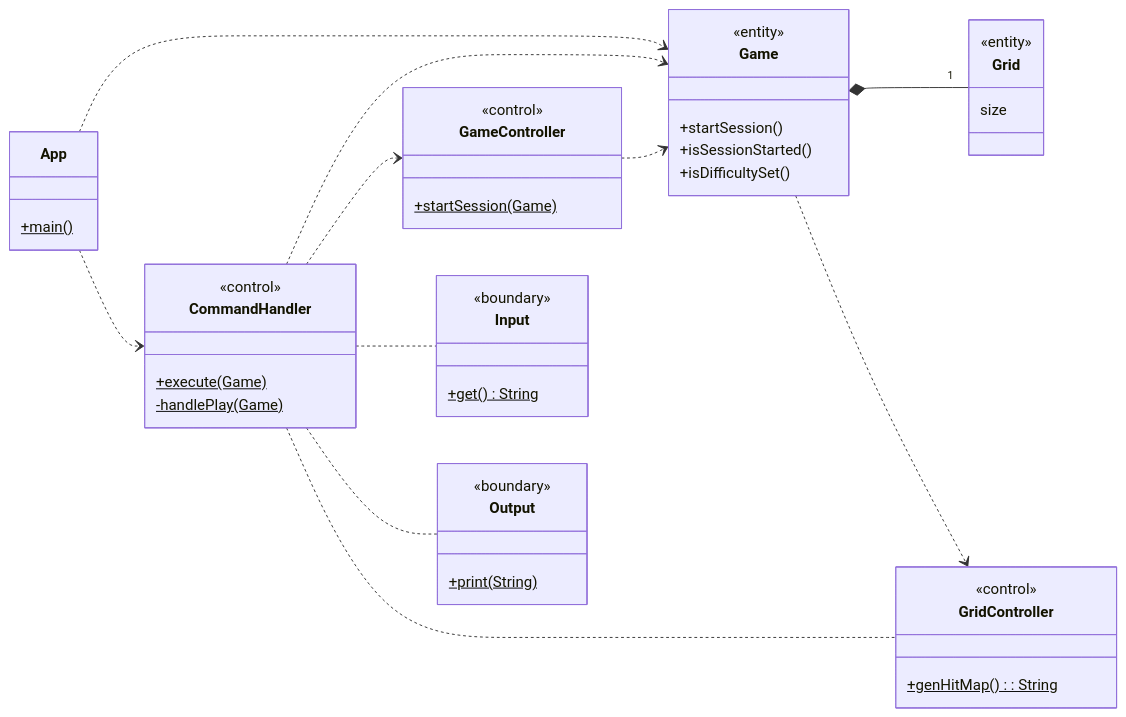
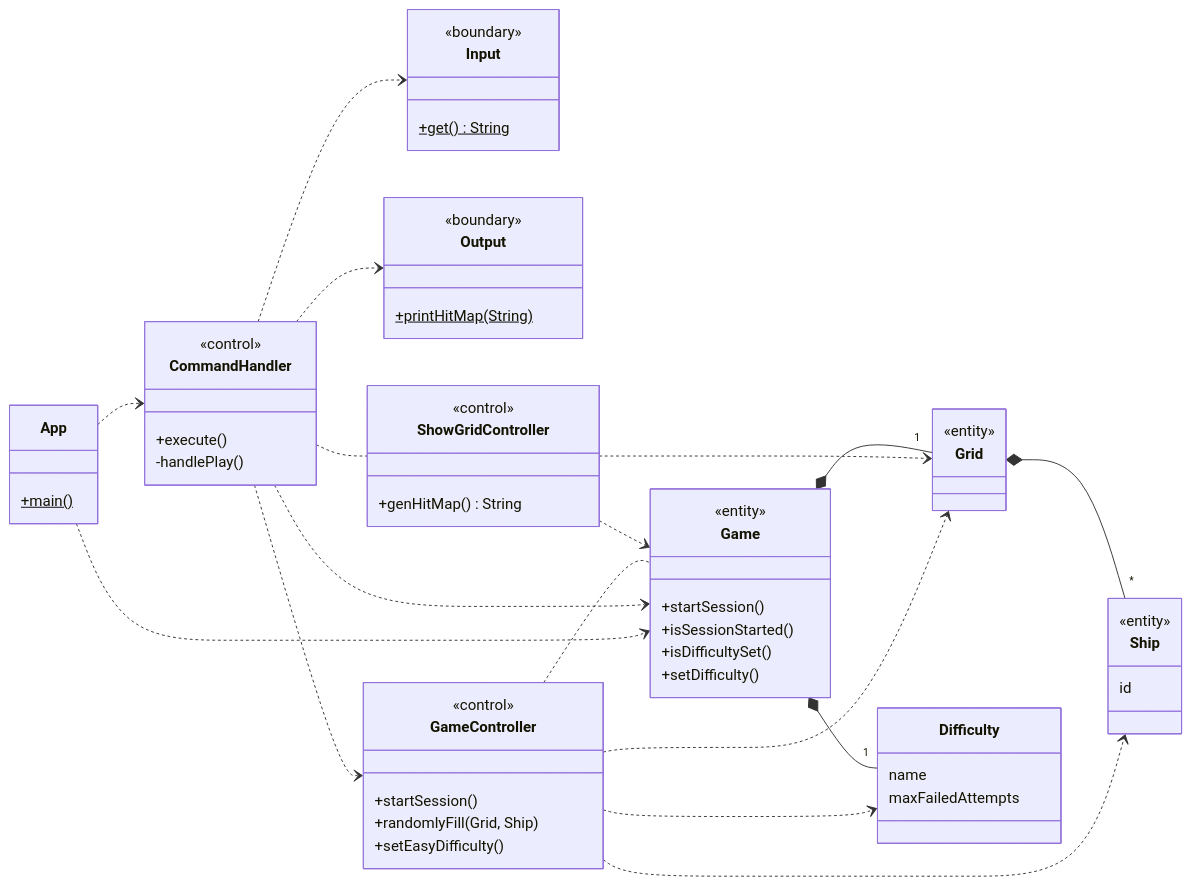
Before and after one commit to softeng2223-inf-uniba/progetto2223-thacker: the third of 7 diagrams in docs/Report.md, drawn with Mermaid. The commit also changed other lines of this file, not shown here.

Commit message:
Aggiornati diagrammi di 5.a.1 in Report

````diff
--- a/docs/Report.md
+++ b/docs/Report.md
@@ -242,56 +244,80 @@
 ```mermaid
 classDiagram
-    direction LR
+  direction LR
 
-    class App {
-      +main()$
-    }
-    class Input {
-      +get()$ String
-    }
-    <<boundary>> Input
+  class App {
+    +main()$
+  }
 
-    class Output {
-      +print(String)$
-    }
-    <<boundary>> Output
+  App ..> Game
+  App ..> CommandHandler
 
-    class CommandHandler {
-      +execute(Game)$
-      -handlePlay(Game)$
-    }
-    <<control>> CommandHandler
+  class Input {
+    +get()$ String
+  }
+  <<boundary>> Input
 
-    class GameController {
-      +startSession(Game)$
-    }
-    <<control>> GameController
+  class Output {
+    +printHitMap(String)$
+  }
+  <<boundary>> Output
 
-    class GridController {
-      +genHitMap()$ : String
-    }
-    <<control>> GridController
+  class CommandHandler {
+    +execute()
+    -handlePlay()
+  }
+  <<control>> CommandHandler
 
-    class Grid {
-      size
-    }
-    <<entity>> Grid
+  CommandHandler ..> Input
+  CommandHandler ..> Output
+  CommandHandler ..> Game
+  CommandHandler ..> GameController
+  CommandHandler .. ShowGridController
 
-    class Game {
-      +startSession()
-      +isSessionStarted()
-      +isDifficultySet()
-    }
-    <<entity>> Game
+  class GameController {
+    +startSession()
+    +randomlyFill(Grid, Ship)
+    +setEasyDifficulty()
+  }
+  <<control>> GameController
 
-    Game *-- "1" Grid
-    App ..> Game
-    App ..> CommandHandler
-    GameController ..> Game
-    CommandHandler ..> Game
-    CommandHandler ..> GameController
-    CommandHandler .. Input
-    CommandHandler .. Output
-    CommandHandler .. GridController
-    Game ..> GridController
+  GameController .. Game
+  GameController ..> Grid
+  GameController ..> Ship
+  GameController ..> Difficulty
+
+  class ShowGridController {
+    +genHitMap() String
+  }
+  <<control>> ShowGridController
+
+  ShowGridController ..> Game
+  ShowGridController ..> Grid
+
+  class Game {
+    +startSession()
+    +isSessionStarted()
+    +isDifficultySet()
+    +setDifficulty()
+  }
+  <<entity>> Game
+
+  Game *-- "1" Difficulty
+  Game *-- "1" Grid
+
+  class Grid
+  <<entity>> Grid
+
+  Grid *-- "*" Ship
+
+  class Difficulty {
+    name
+    maxFailedAttempts
+  }
+
+  class Ship {
+    id
+  }
+  <<entity>> Ship
+
 ```
````
